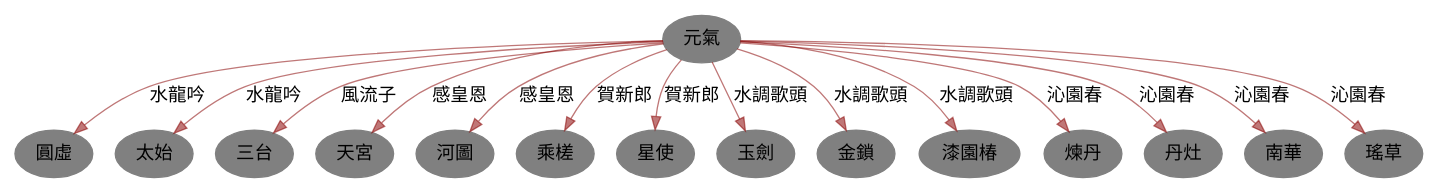
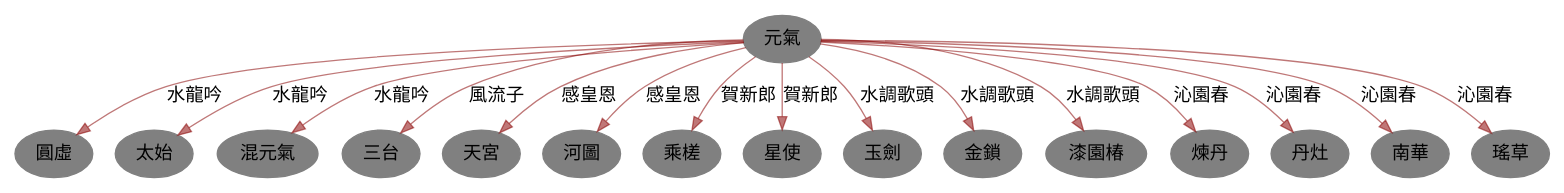
The diagram in poem2.dot (rainrambler/QTS), drawn with Graphviz before and after one commit.

```diff
--- a/poem2.dot
+++ b/poem2.dot
@@ -1,14 +1,11 @@
 digraph PoemKeywords {
 	fontname="SimHei"
 	node [color=grey, fontname="SimHei,SimSun" style=filled];
 	edge [fontname="SimSun"];
-    元氣 -> 圓虛 [label="水龍吟" color="#88000088"];
-	元氣 -> 太始 [label="水龍吟" color="#88000088"];
+    元氣 -> { 圓虛 ; 太始 ; 混元氣 }  [label="水龍吟" color="#88000088"];
 	元氣 -> 三台 [label="風流子" color="#88000088"];
-	元氣 -> 天宮 [label="感皇恩" color="#88000088"];
-	元氣 -> 河圖 [label="感皇恩" color="#88000088"];
-	元氣 -> 乘槎 [label="賀新郎" color="#88000088"];
-	元氣 -> 星使 [label="賀新郎" color="#88000088"];
+	元氣 -> { 天宮 ; 河圖 } [label="感皇恩" color="#88000088"];
+	元氣 -> { 乘槎 ; 星使 } [label="賀新郎" color="#88000088"];
 	元氣 -> {玉劍 ; 金鎖 ; 漆園椿} [label="水調歌頭" color="#88000088"];
 	元氣 -> {煉丹 ; 丹灶 ; 南華 ; 瑤草} [label="沁園春" color="#88000088"];
 }
```
